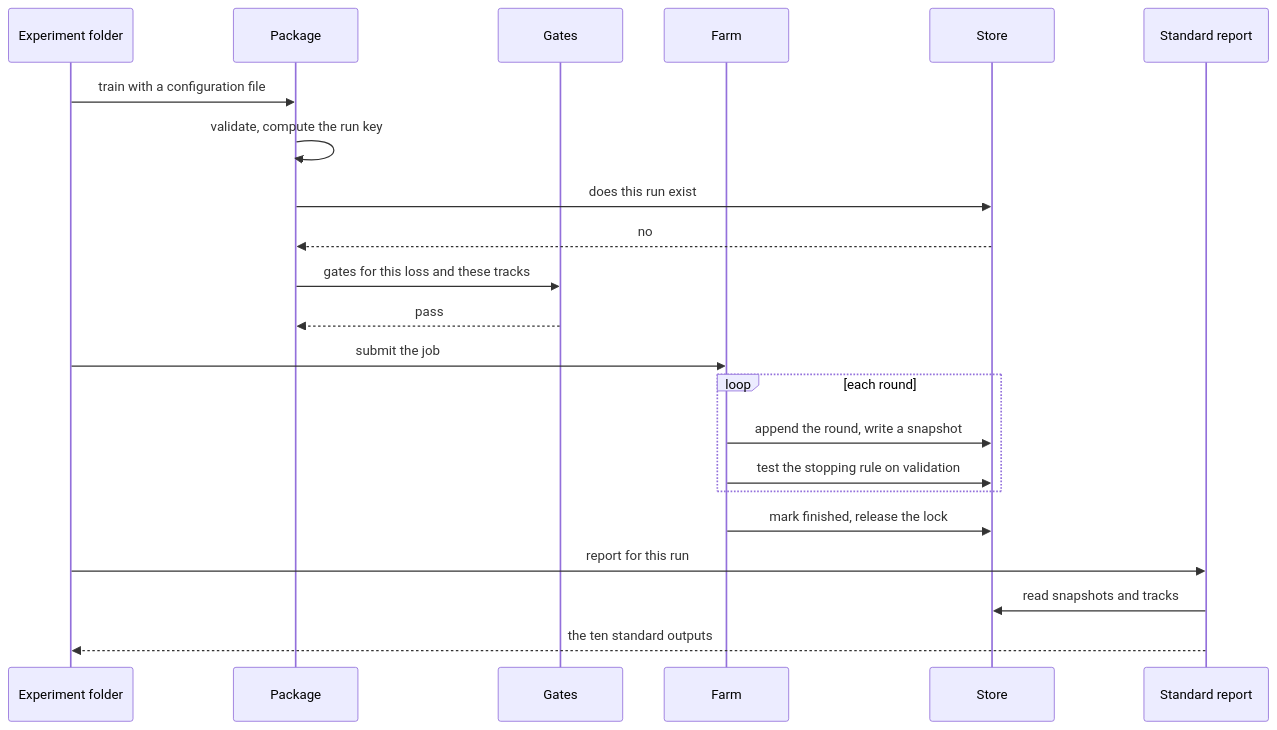
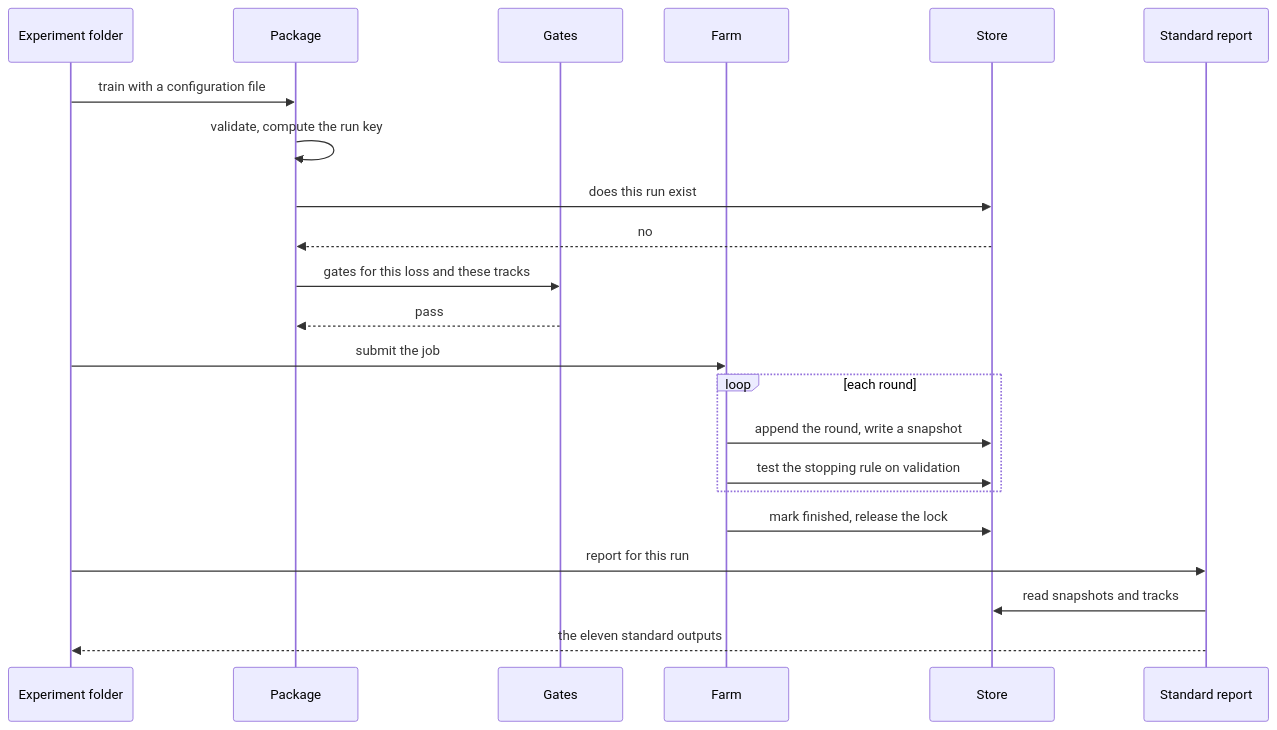
Before and after one commit to GeorgeWilliam1999/LHCb-Extrapolation: the seventh of 14 diagrams in RK_Pinn_module/PACKAGE_PLAN.md, drawn with Mermaid. The commit also changed other lines of this file and 10 other files, not shown here.

````diff
--- a/RK_Pinn_module/PACKAGE_PLAN.md
+++ b/RK_Pinn_module/PACKAGE_PLAN.md
@@ -522,25 +523,25 @@
 ```mermaid
 sequenceDiagram
     participant E as Experiment folder
     participant P as Package
     participant G as Gates
     participant F as Farm
     participant S as Store
     participant R as Standard report
 
     E->>P: train with a configuration file
     P->>P: validate, compute the run key
     P->>S: does this run exist
     S-->>P: no
     P->>G: gates for this loss and these tracks
     G-->>P: pass
     E->>F: submit the job
     loop each round
         F->>S: append the round, write a snapshot
         F->>S: test the stopping rule on validation
     end
     F->>S: mark finished, release the lock
     E->>R: report for this run
     R->>S: read snapshots and tracks
-    R-->>E: the ten standard outputs
+    R-->>E: the eleven standard outputs
 ```
````
